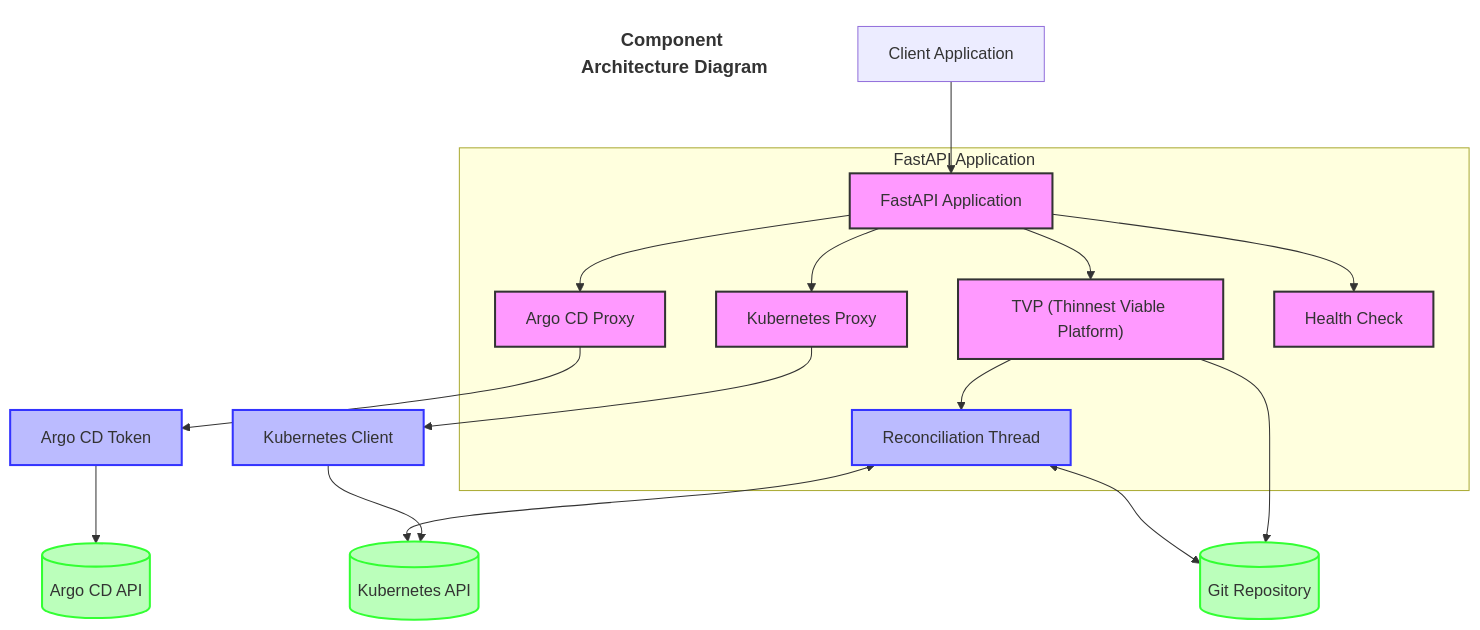
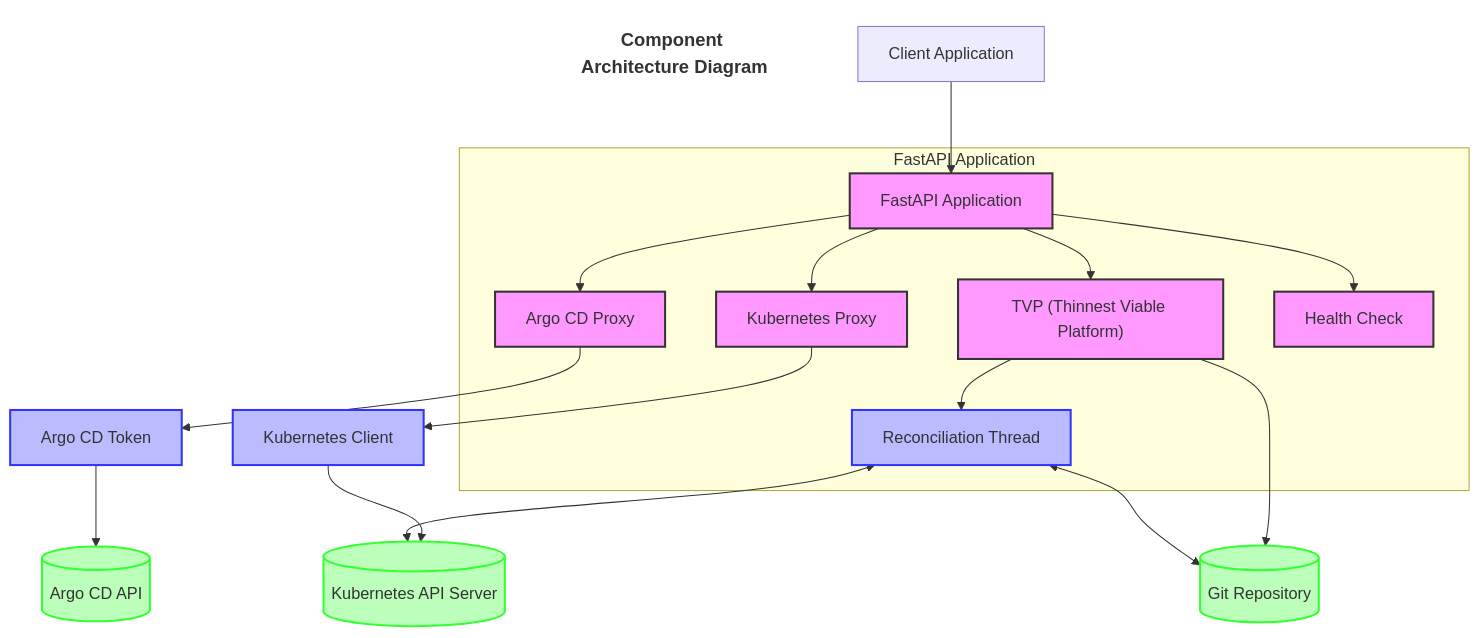
Before and after one commit to lloydchang/tvp-k8s: the first of 9 diagrams in README.md, drawn with Mermaid. The commit also changed other lines of this file and 3 other files, not shown here.

````diff
--- a/README.md
+++ b/README.md
@@ -286,32 +286,32 @@
 ```mermaid
 flowchart TB
     title[Component Architecture Diagram]
     style title fill:none,stroke:none,font-size:18px,font-weight:bold
     Client[Client Application] --> API[FastAPI Application]
     
     subgraph "FastAPI Application"
         API --> KR[Kubernetes Proxy]
         API --> AR[Argo CD Proxy]
         API --> TR["TVP (Thinnest Viable Platform)"]
         API --> Health[Health Check]
         TR --> RT[Reconciliation Thread]
     end
     
     KR --> KC[Kubernetes Client]
     AR --> AT[Argo CD Token]
     TR --> GitRepo[(Git Repository)]
     
-    KC --> Kubernetes[(Kubernetes API)]
+    KC --> Kubernetes[(Kubernetes API Server)]
     AT --> ArgoCD[(Argo CD API)]
     RT <--> GitRepo
     RT <--> Kubernetes
     
     classDef component fill:#f9f,stroke:#333,stroke-width:2px
     classDef api fill:#bbf,stroke:#33f,stroke-width:2px
     classDef external fill:#bfb,stroke:#3f3,stroke-width:2px
     
     class API,KR,AR,TR,Health component
     class KC,AT,RT api
     class Kubernetes,ArgoCD,GitRepo external
 
 ```
````
